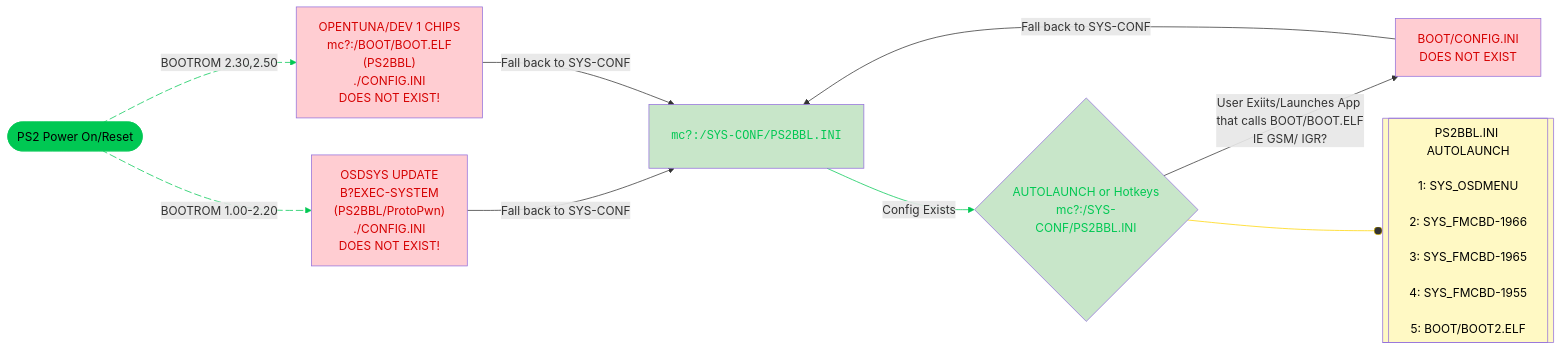
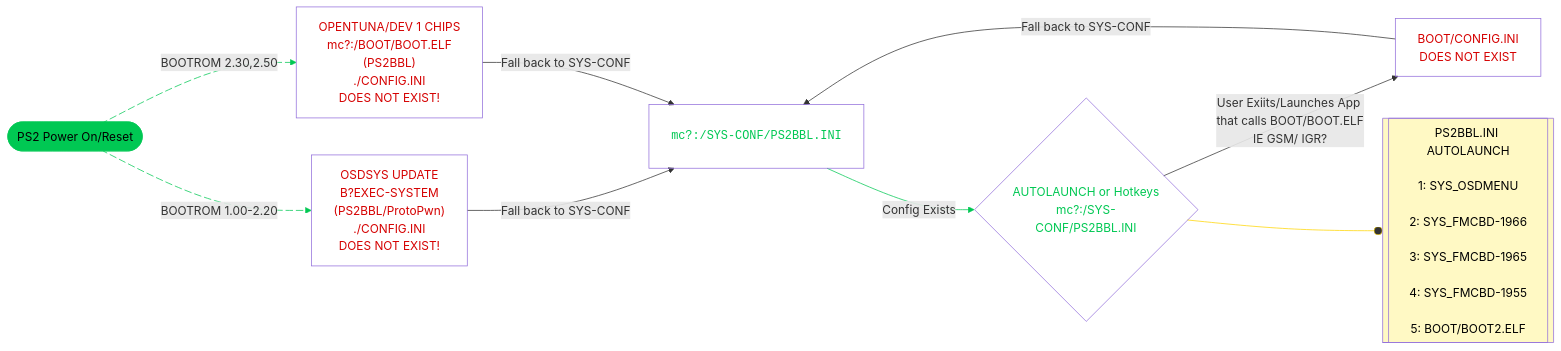
The diagram in docs/umcs/index.md (playerjmr/ps2homebrewstore), drawn with Mermaid before and after one commit.

````diff
--- a/docs/umcs/index.md
+++ b/docs/umcs/index.md
@@ -74,33 +74,33 @@
 ```mermaid
 graph LR
     A(["PS2 Power On/Reset"]) L_A_B_0@-- "BOOTROM 1.00-2.20" --> B["OSDSYS UPDATE<br>B?EXEC-SYSTEM<br>(PS2BBL/ProtoPwn)<br>./CONFIG.INI <br>DOES NOT EXIST!"]
     A L_A_n1_0@-- "BOOTROM 2.30,2.50" --> n1["OPENTUNA/DEV 1 CHIPS<br>mc?:/BOOT/BOOT.ELF<br>(PS2BBL)<br>./CONFIG.INI <br>DOES NOT EXIST!"]
     n5@{ label: "<pre style=\"font-family:\"><code style=\"font-family:\">mc?:/SYS-CONF/PS2BBL.INI</code></pre>" } -- Config Exists --> n6["AUTOLAUNCH or Hotkeys<br>mc?:/SYS-CONF/PS2BBL.INI"]
     B -- "Fall back to SYS-CONF" --> n5
     n1 -- "Fall back to SYS-CONF" --> n5
     n6 -- "User Exiits/Launches App that calls BOOT/BOOT.ELF<br>IE GSM/ IGR?" --> n7["BOOT/CONFIG.INI <br>DOES NOT EXIST"]
     n7 -- "Fall back to SYS-CONF" --> n5
     n6 --o n10@{ label: "PS2BBL.INI AUTOLAUNCH<br style=\"--tw-scale-x:\"><br style=\"--tw-scale-x:\">1: SYS_OSDMENU<br style=\"--tw-scale-x:\"><br style=\"--tw-scale-x:\">2: SYS_FMCBD-1966<br style=\"--tw-scale-x:\"><br style=\"--tw-scale-x:\">3: SYS_FMCBD-1965<br style=\"--tw-scale-x:\"><br style=\"--tw-scale-x:\">4: SYS_FMCBD-1955<br style=\"--tw-scale-x:\"><br style=\"--tw-scale-x:\">5: BOOT/BOOT2.ELF" }
     B@{ shape: rect}
     n1@{ shape: rect}
     n5@{ shape: proc}
     n6@{ shape: diam}
     n7@{ shape: rect}
     n10@{ shape: subproc}
      A:::Ash
     classDef Ash stroke-width:1px, stroke-dasharray:none, stroke:#999999, fill:#EEEEEE, color:#000000
     style A stroke:#00C853,fill:#00C853,color:none
-    style B color:#D50000,fill:#FFCDD2
-    style n1 color:#D50000,fill:#FFCDD2
-    style n5 fill:#C8E6C9,color:#00C853
-    style n6 fill:#C8E6C9,color:#00C853
-    style n7 fill:#FFCDD2,color:#D50000
+    style B color:#D50000,fill:transparent
+    style n1 color:#D50000,fill:transparent
+    style n5 fill:transparent,color:#00C853
+    style n6 fill:transparent,color:#00C853
+    style n7 fill:transparent,color:#D50000
     style n10 fill:#FFF9C4,color:#000000
     linkStyle 0 stroke:#00C853,fill:none
     linkStyle 1 stroke:#00C853,fill:none
     linkStyle 2 stroke:#00C853,fill:none
     linkStyle 7 stroke:#FFD600,fill:none
     L_A_B_0@{ animation: slow } 
     L_A_n1_0@{ animation: slow }
 
 ```
````
